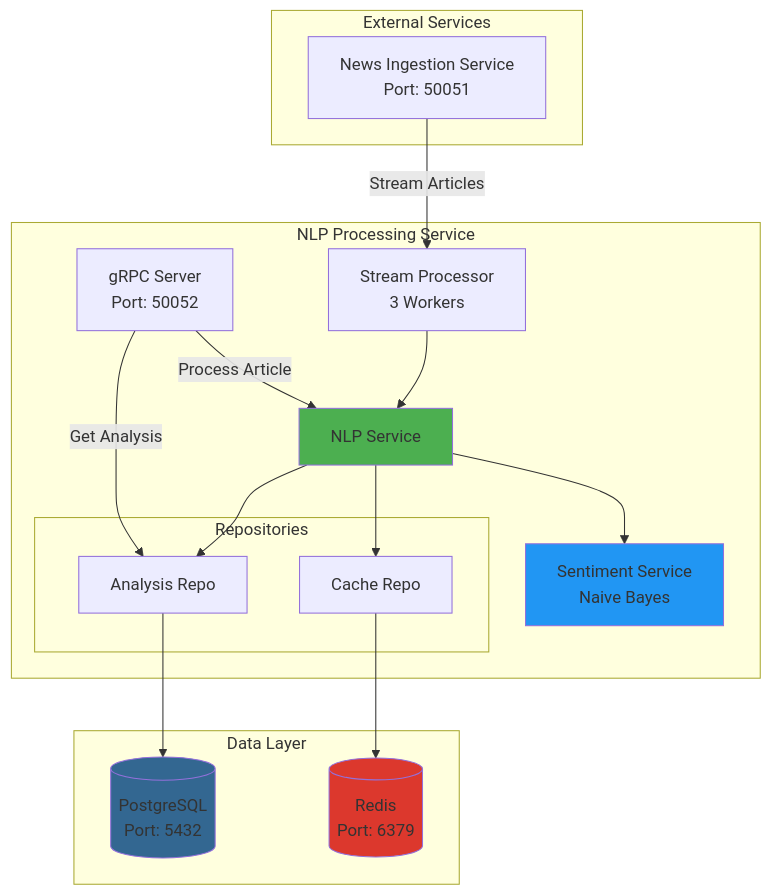
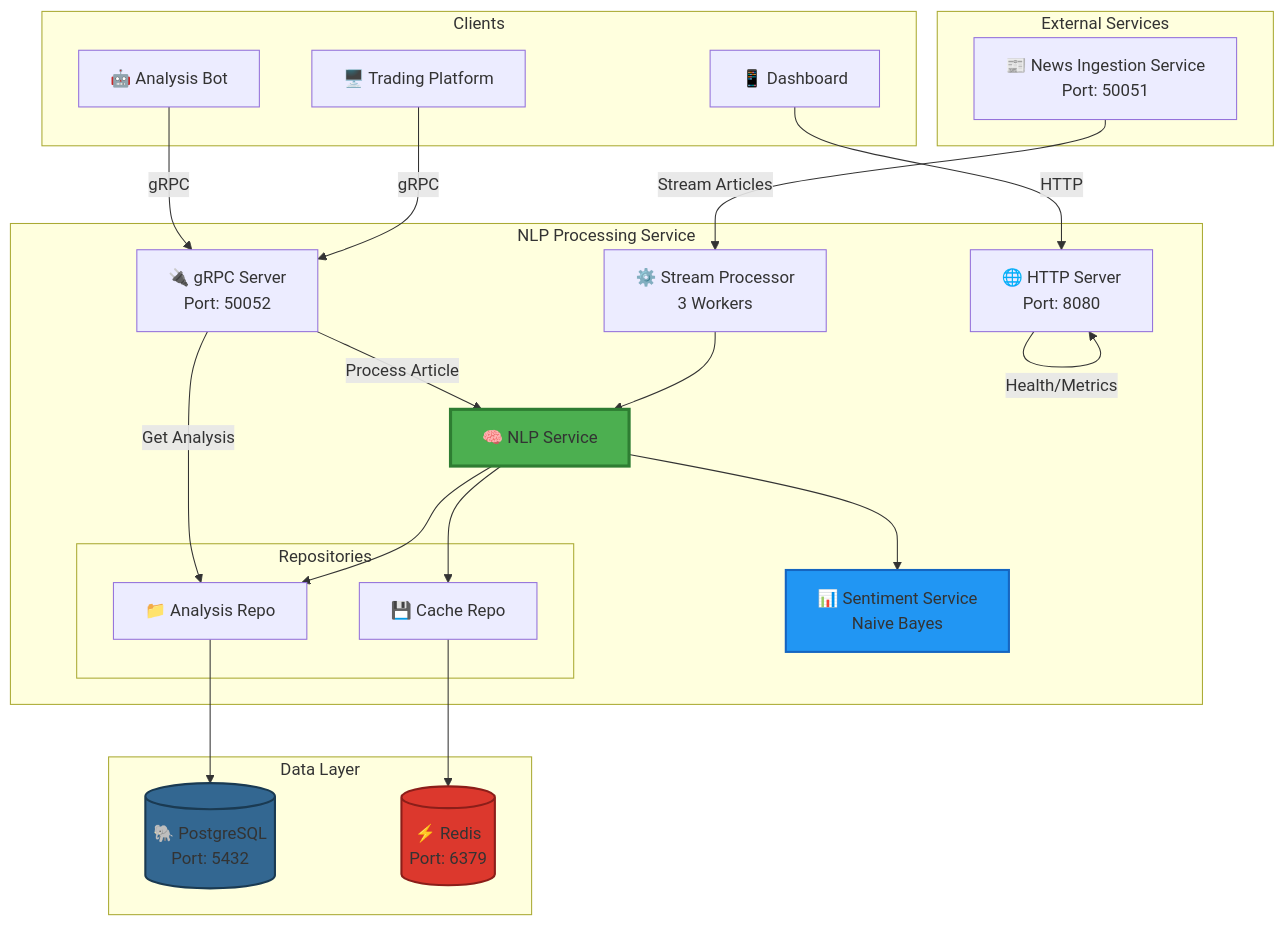
One commit to ZakariaRek/Real-Time-Financial-News-Market-Impact-Analysis-system changed the first of 6 diagrams in services/nlp-processing/README.md. Above: the diagram before and after it, drawn with Mermaid. The commit also changed other lines of this file, not shown here.

````diff
--- a/services/nlp-processing/README.md
+++ b/services/nlp-processing/README.md
@@ -37,39 +83,51 @@
 ```mermaid
 graph TB
     subgraph "External Services"
-        NIS[News Ingestion Service<br/>Port: 50051]
+        NIS[📰 News Ingestion Service<br/>Port: 50051]
     end
     
     subgraph "NLP Processing Service"
-        GRPC[gRPC Server<br/>Port: 50052]
-        SP[Stream Processor<br/>3 Workers]
-        NLP[NLP Service]
-        SS[Sentiment Service<br/>Naive Bayes]
+        GRPC[🔌 gRPC Server<br/>Port: 50052]
+        HTTP[🌐 HTTP Server<br/>Port: 8080]
+        SP[⚙️ Stream Processor<br/>3 Workers]
+        NLP[🧠 NLP Service]
+        SS[📊 Sentiment Service<br/>Naive Bayes]
         
         subgraph "Repositories"
-            AR[Analysis Repo]
-            CR[Cache Repo]
+            AR[📁 Analysis Repo]
+            CR[💾 Cache Repo]
         end
     end
     
     subgraph "Data Layer"
-        PG[(PostgreSQL<br/>Port: 5432)]
-        RD[(Redis<br/>Port: 6379)]
+        PG[(🐘 PostgreSQL<br/>Port: 5432)]
+        RD[(⚡ Redis<br/>Port: 6379)]
+    end
+    
+    subgraph "Clients"
+        CLIENT1[🖥️ Trading Platform]
+        CLIENT2[📱 Dashboard]
+        CLIENT3[🤖 Analysis Bot]
     end
     
     NIS -->|Stream Articles| SP
     SP --> NLP
     NLP --> SS
     NLP --> AR
     NLP --> CR
     AR --> PG
     CR --> RD
     
+    CLIENT1 -->|gRPC| GRPC
+    CLIENT2 -->|HTTP| HTTP
+    CLIENT3 -->|gRPC| GRPC
+    
     GRPC -->|Process Article| NLP
     GRPC -->|Get Analysis| AR
+    HTTP -->|Health/Metrics| HTTP
     
-    style NLP fill:#4CAF50
-    style SS fill:#2196F3
-    style PG fill:#336791
-    style RD fill:#DC382D
+    style NLP fill:#4CAF50,stroke:#2E7D32,stroke-width:3px
+    style SS fill:#2196F3,stroke:#1565C0,stroke-width:2px
+    style PG fill:#336791,stroke:#1a3a52,stroke-width:2px
+    style RD fill:#DC382D,stroke:#8b1e19,stroke-width:2px
 ```
````
